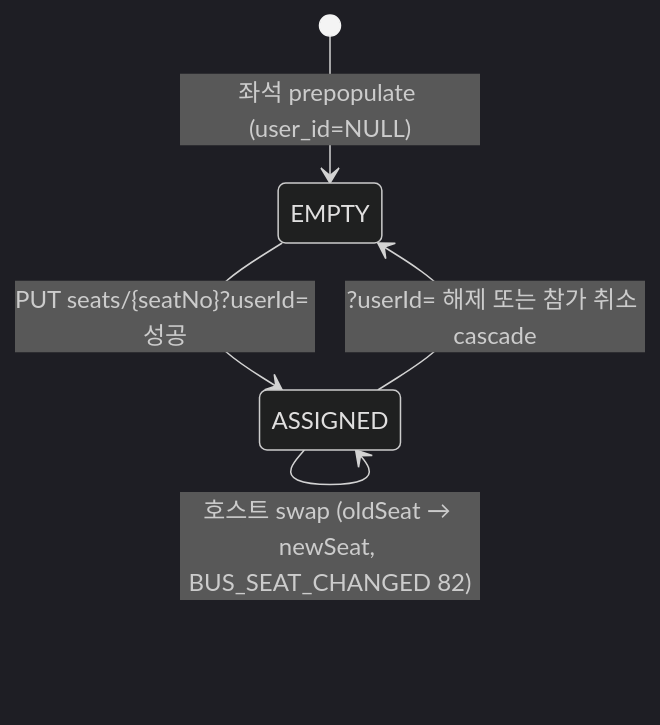
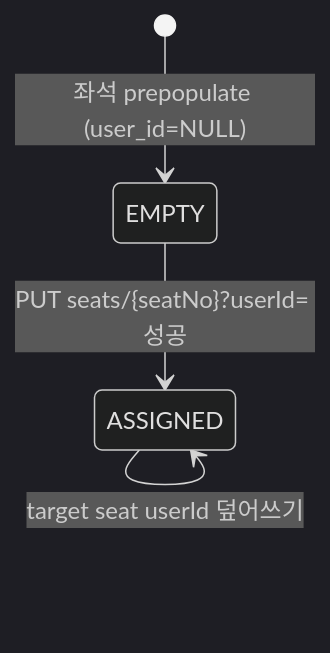
Diagram 17 of 17 in prd/03_policy_prds/state_policy_prd.md (endside82/business_logic), drawn with Mermaid (dark theme) before and after one commit. The commit also changed other lines of this file and 183 other files, not shown here.

````diff
--- a/prd/03_policy_prds/state_policy_prd.md
+++ b/prd/03_policy_prds/state_policy_prd.md
@@ -438,7 +433,6 @@
 ```mermaid
 stateDiagram-v2
     [*] --> EMPTY: 좌석 prepopulate (user_id=NULL)
     EMPTY --> ASSIGNED: PUT seats/{seatNo}?userId= 성공
-    ASSIGNED --> ASSIGNED: 호스트 swap (oldSeat → newSeat, BUS_SEAT_CHANGED 82)
-    ASSIGNED --> EMPTY: ?userId= 해제 또는 참가 취소 cascade
+    ASSIGNED --> ASSIGNED: target seat userId 덮어쓰기
 ```
````
